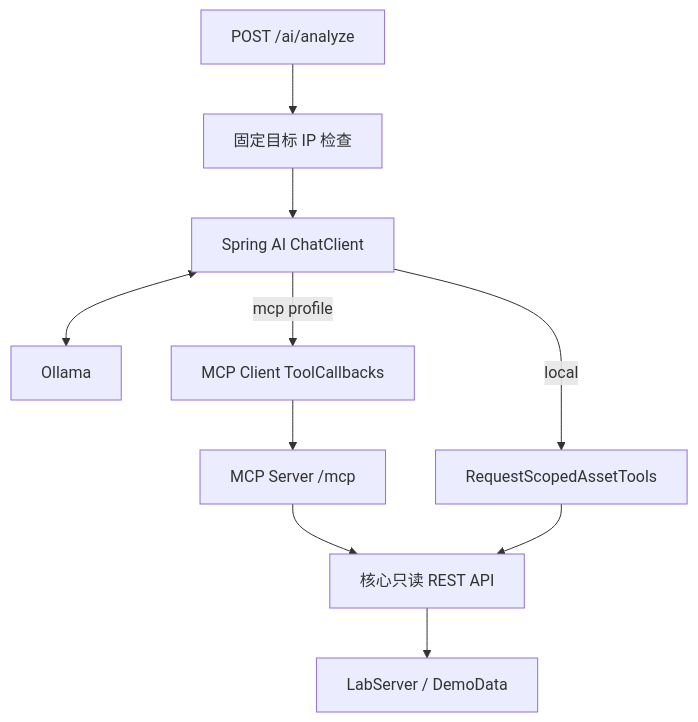
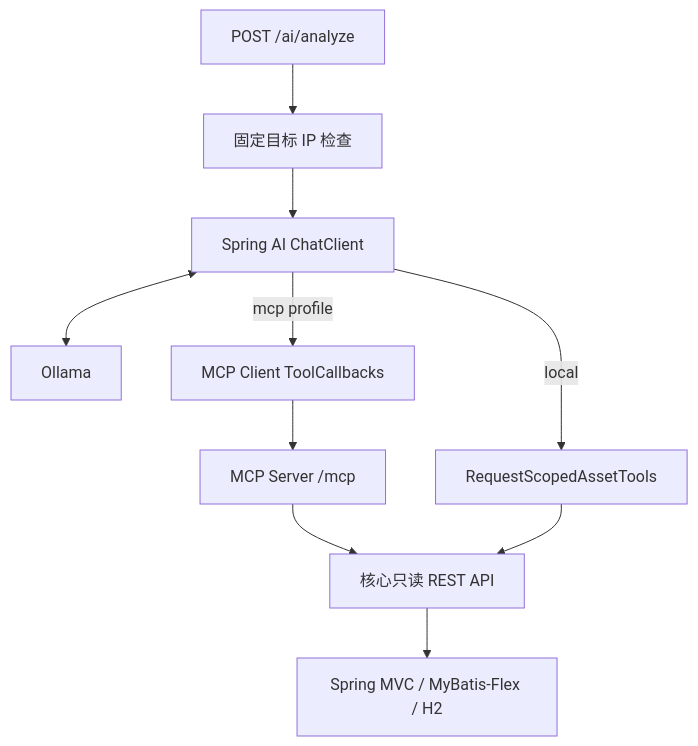
Before and after one commit to yuxuefenfei/asset-security-agent-lab: the second of 2 diagrams in docs/02-架构与执行链路.md, drawn with Mermaid. The commit also changed other lines of this file and 177 other files, not shown here.

````diff
--- a/docs/02-架构与执行链路.md
+++ b/docs/02-架构与执行链路.md
@@ -28,12 +28,12 @@
 ```mermaid
 flowchart TB
     P[POST /ai/analyze] --> G[固定目标 IP 检查]
     G --> SC[Spring AI ChatClient]
     SC <--> LM[Ollama]
     SC -->|local| LT[RequestScopedAssetTools]
     SC -->|mcp profile| MC[MCP Client ToolCallbacks]
     MC --> MS[MCP Server /mcp]
     MS --> API[核心只读 REST API]
     LT --> API
-    API --> LAB[LabServer / DemoData]
+    API --> LAB[Spring MVC / MyBatis-Flex / H2]
 ```
````
